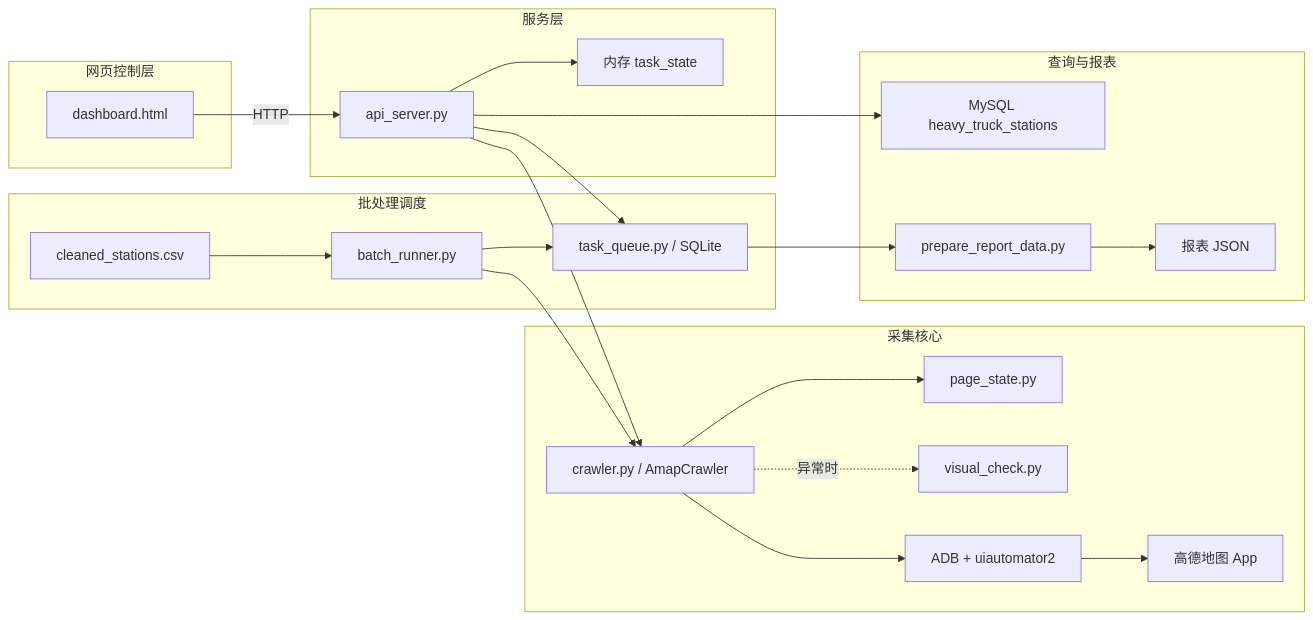
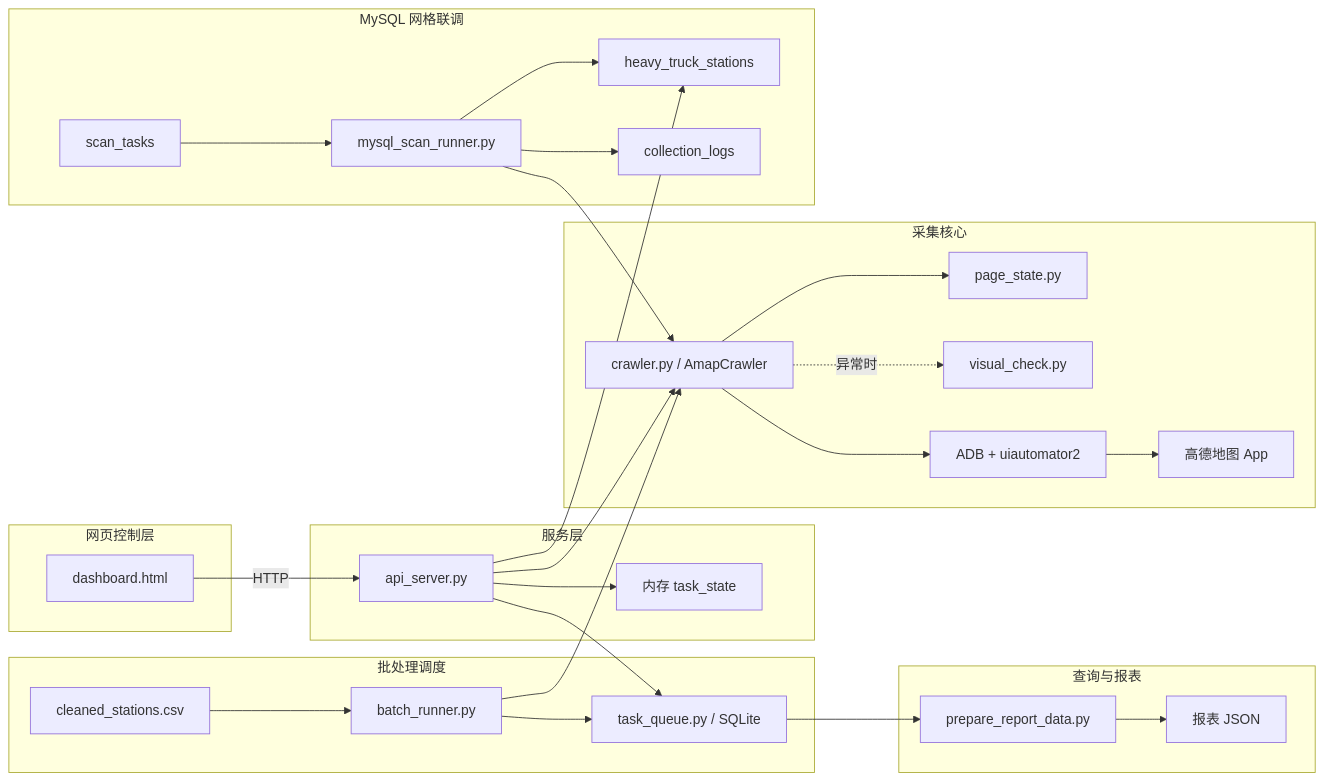
Before and after one commit to AXXXt/amap-charging-station-crawler: the first of 5 diagrams in dev-docs/system_code_guide.md, drawn with Mermaid. The commit also changed other lines of this file and 9 other files, not shown here.

````diff
--- a/dev-docs/system_code_guide.md
+++ b/dev-docs/system_code_guide.md
@@ -71,41 +75,50 @@
 ```mermaid
 flowchart LR
     subgraph UI["网页控制层"]
         Dashboard["dashboard.html"]
     end
     subgraph API["服务层"]
         FastAPI["api_server.py"]
         Memory["内存 task_state"]
     end
     subgraph Collection["采集核心"]
         Crawler["crawler.py / AmapCrawler"]
         PageState["page_state.py"]
         Vision["visual_check.py"]
         Android["ADB + uiautomator2"]
         AmapApp["高德地图 App"]
     end
     subgraph Queue["批处理调度"]
         Runner["batch_runner.py"]
         SQLite["task_queue.py / SQLite"]
         CSV["cleaned_stations.csv"]
     end
+    subgraph MySQLGrid["MySQL 网格联调"]
+        GridRunner["mysql_scan_runner.py"]
+        ScanTasks["scan_tasks"]
+        Stations["heavy_truck_stations"]
+        CollectionLogs["collection_logs"]
+    end
     subgraph DataService["查询与报表"]
-        MySQL["MySQL heavy_truck_stations"]
         Report["prepare_report_data.py"]
         ReportJSON["报表 JSON"]
     end
     Dashboard -->|HTTP| FastAPI
     FastAPI --> Memory
     FastAPI --> Crawler
     FastAPI --> SQLite
-    FastAPI --> MySQL
+    FastAPI --> Stations
     CSV --> Runner
     Runner --> SQLite
     Runner --> Crawler
+    ScanTasks --> GridRunner
+    GridRunner --> Crawler
+    GridRunner --> Stations
+    GridRunner --> CollectionLogs
     Crawler --> PageState
     Crawler -.异常时.-> Vision
     Crawler --> Android
     Android --> AmapApp
     SQLite --> Report
     Report --> ReportJSON
 ```
````
